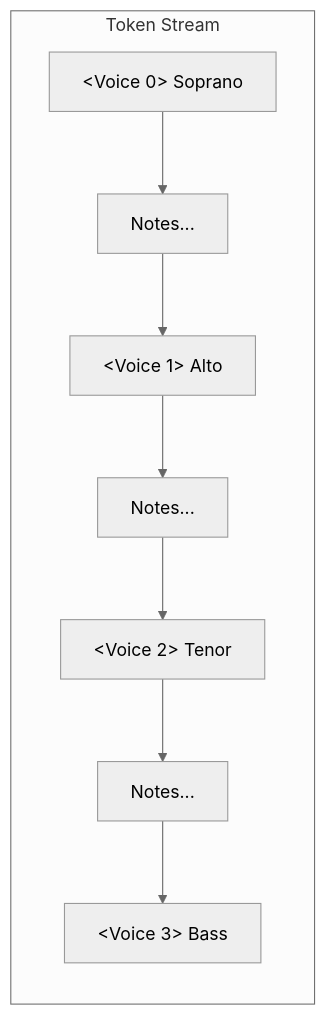
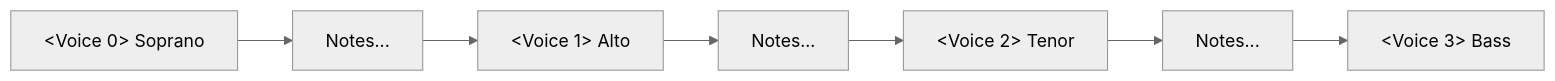
The second of 12 diagrams in README.md (Derancarls/Chopinote-AI), drawn with Mermaid (neutral theme) before and after one commit. The commit also changed other lines of this file, not shown here.

Commit message:
v0.3.3-pre2: fix Mermaid syntax, remove LMDB/data-pipeline from README

````diff
--- a/README.md
+++ b/README.md
@@ -64,11 +56,9 @@
 ```mermaid
 flowchart LR
-    subgraph "Token Stream"
-        V0[&lt;Voice 0&gt; Soprano] --> N0[Notes...]
-        N0 --> V1[&lt;Voice 1&gt; Alto]
-        V1 --> N1[Notes...]
-        N1 --> V2[&lt;Voice 2&gt; Tenor]
-        V2 --> N2[Notes...]
-        N2 --> V3[&lt;Voice 3&gt; Bass]
-    end
+    V0["&lt;Voice 0&gt; Soprano"] --> N0["Notes..."]
+    N0 --> V1["&lt;Voice 1&gt; Alto"]
+    V1 --> N1["Notes..."]
+    N1 --> V2["&lt;Voice 2&gt; Tenor"]
+    V2 --> N2["Notes..."]
+    N2 --> V3["&lt;Voice 3&gt; Bass"]
 ```
````
